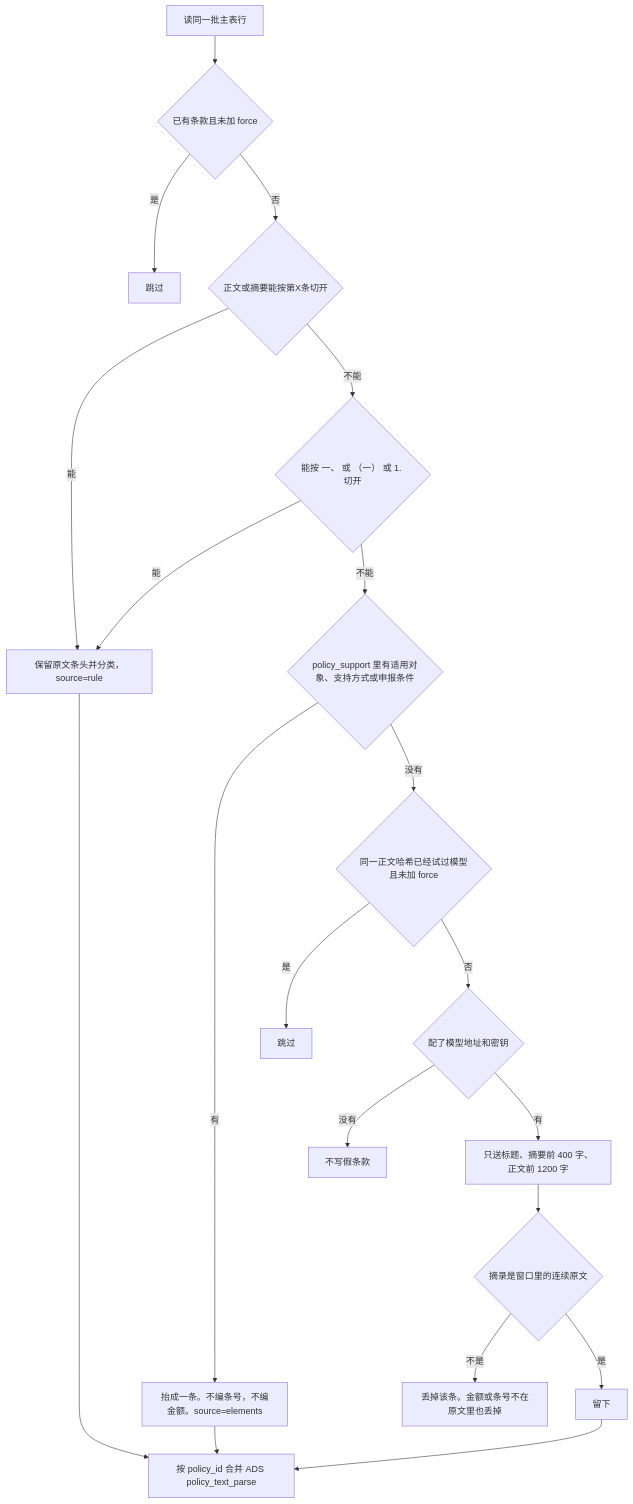
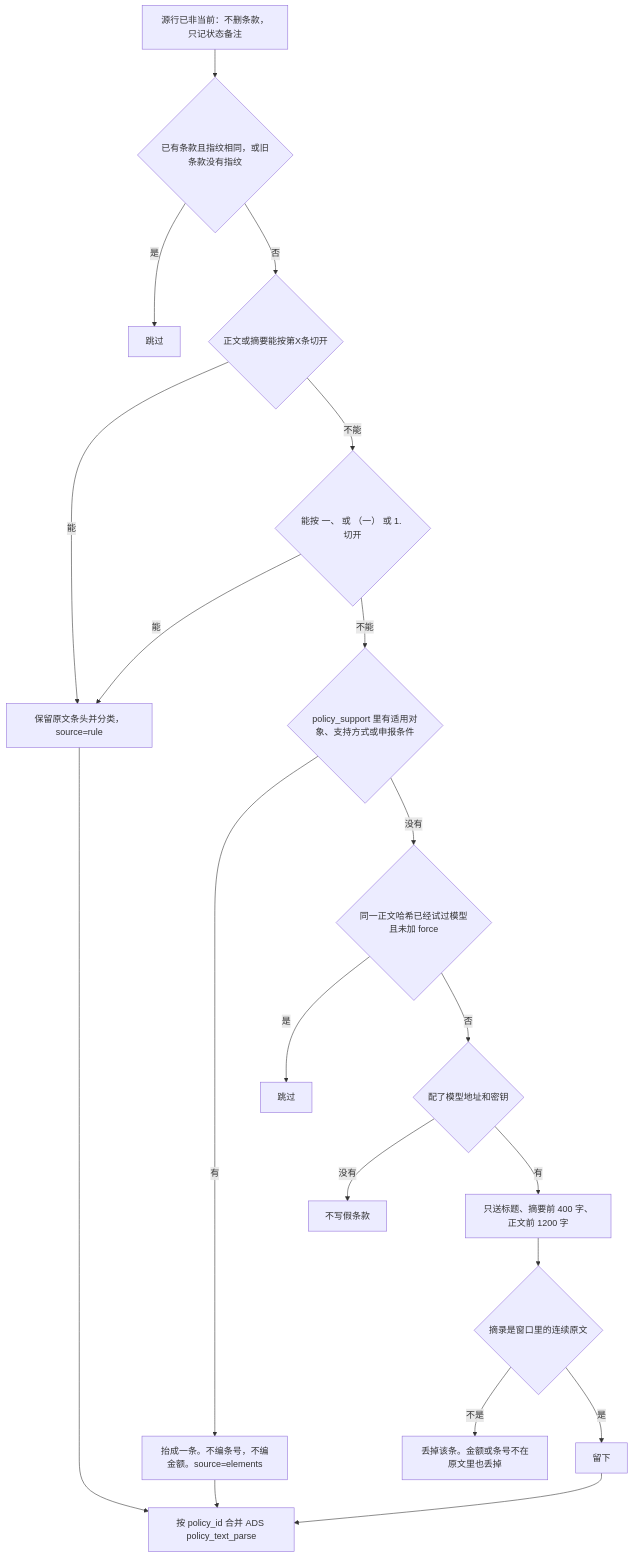
Before and after one commit to Marisolebxf/-: the third of 3 diagrams in agent-delivery/data/GDF/派单包/政策/GDF-POLICY-WORKPACK-v2/12-DWD后加工-抽取产业与条款结构化.md, drawn with Mermaid. The commit also changed other lines of this file and 17 other files, not shown here.

````diff
--- a/agent-delivery/data/GDF/派单包/政策/GDF-POLICY-WORKPACK-v2/12-DWD后加工-抽取产业与条款结构化.md
+++ b/agent-delivery/data/GDF/派单包/政策/GDF-POLICY-WORKPACK-v2/12-DWD后加工-抽取产业与条款结构化.md
@@ -96,22 +104,22 @@
 ```mermaid
 flowchart TD
-  S[读同一批主表行] --> H{已有条款且未加 force}
+  S[源行已非当前：不删条款，只记状态备注] --> H{已有条款且指纹相同，或旧条款没有指纹}
   H -->|是| SK[跳过]
   H -->|否| A{正文或摘要能按第X条切开}
   A -->|能| R1[保留原文条头并分类，source=rule]
   A -->|不能| B{能按 一、 或 （一） 或 1. 切开}
   B -->|能| R1
   B -->|不能| C{policy_support 里有适用对象、支持方式或申报条件}
   C -->|有| R2[抬成一条。不编条号，不编金额。source=elements]
   C -->|没有| L{同一正文哈希已经试过模型且未加 force}
   L -->|是| SK2[跳过]
   L -->|否| M{配了模型地址和密钥}
   M -->|没有| NW[不写假条款]
   M -->|有| LLM[只送标题、摘要前 400 字、正文前 1200 字]
   LLM --> OK{摘录是窗口里的连续原文}
   OK -->|不是| DROP[丢掉该条。金额或条号不在原文里也丢掉]
   OK -->|是| KEEP[留下]
   R1 --> WR[按 policy_id 合并 ADS policy_text_parse]
   R2 --> WR
   KEEP --> WR
 ```
````
